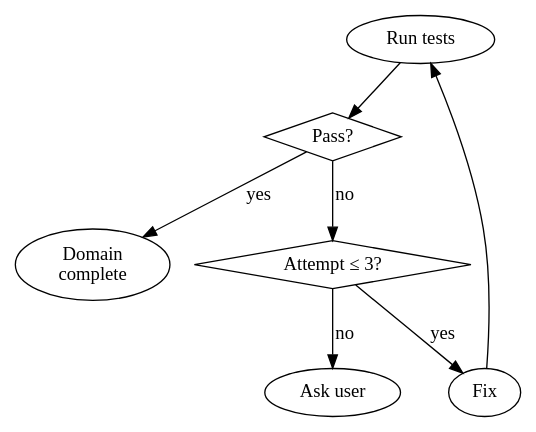
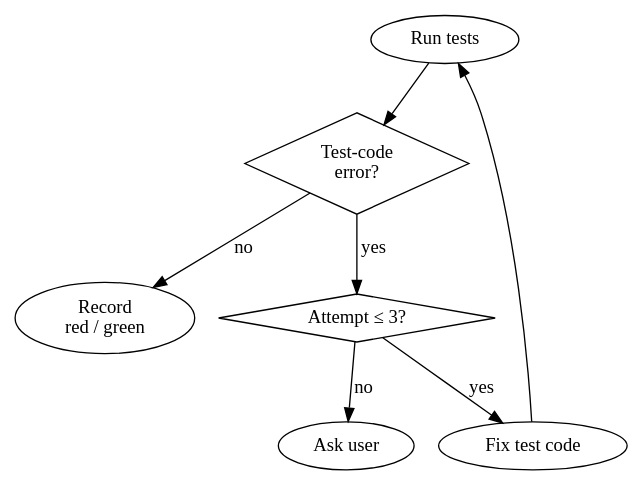
Before and after one commit to narashin/nara-kit: the second of 2 diagrams in skills/nara-test-implement/references/pipeline.md, drawn with Graphviz. The commit also changed other lines of this file and 13 other files, not shown here.

````diff
--- a/skills/nara-test-implement/references/pipeline.md
+++ b/skills/nara-test-implement/references/pipeline.md
@@ -84,17 +84,17 @@
 ```dot
 digraph verify {
   run [label="Run tests"];
-  pass [label="Pass?" shape=diamond];
-  fix [label="Fix"];
+  err [label="Test-code\nerror?" shape=diamond];
+  fix [label="Fix test code"];
   count [label="Attempt ≤ 3?" shape=diamond];
-  done [label="Domain\ncomplete"];
+  record [label="Record\nred / green"];
   ask [label="Ask user"];
-  
-  run -> pass;
-  pass -> done [label="yes"];
-  pass -> count [label="no"];
+
+  run -> err;
+  err -> record [label="no"];
+  err -> count [label="yes"];
   count -> fix [label="yes"];
   count -> ask [label="no"];
   fix -> run;
 }
 ```
````
